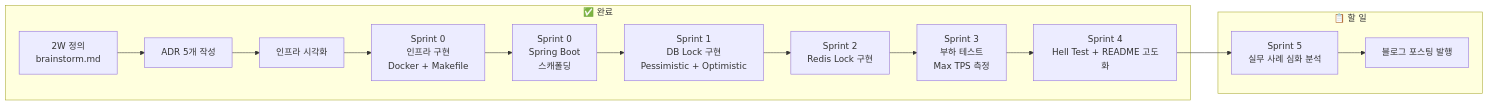
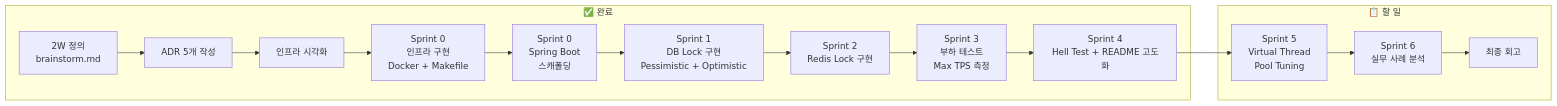
The second of 2 diagrams in docs/planning/how-diagram.md (JuJin1324/concurrency-control-poc), drawn with Mermaid before and after one commit. The commit also changed other lines of this file and 22 other files, not shown here.

````diff
--- a/docs/planning/how-diagram.md
+++ b/docs/planning/how-diagram.md
@@ -63,30 +68,32 @@
 ```mermaid
 flowchart LR
     subgraph Done["✅ 완료"]
         D1[2W 정의<br/>brainstorm.md]
         D2[ADR 5개 작성]
         D3[인프라 시각화]
         D4[Sprint 0<br/>인프라 구현<br/>Docker + Makefile]
         D5[Sprint 0<br/>Spring Boot<br/>스캐폴딩]
         D6[Sprint 1<br/>DB Lock 구현<br/>Pessimistic + Optimistic]
         D7[Sprint 2<br/>Redis Lock 구현]
         D8[Sprint 3<br/>부하 테스트<br/>Max TPS 측정]
         D9[Sprint 4<br/>Hell Test + README 고도화]
     end
 
     subgraph Todo["📋 할 일"]
-        T6[Sprint 5<br/>실무 사례 심화 분석]
-        T7[블로그 포스팅 발행]
+        T6[Sprint 5<br/>Virtual Thread<br/>Pool Tuning]
+        T7[Sprint 6<br/>실무 사례 분석]
+        T8[최종 회고]
     end
 
     D1 --> D2
     D2 --> D3
     D3 --> D4
     D4 --> D5
     D5 --> D6
     D6 --> D7
     D7 --> D8
     D8 --> D9
     D9 --> T6
     T6 --> T7
+    T7 --> T8
 ```
````
